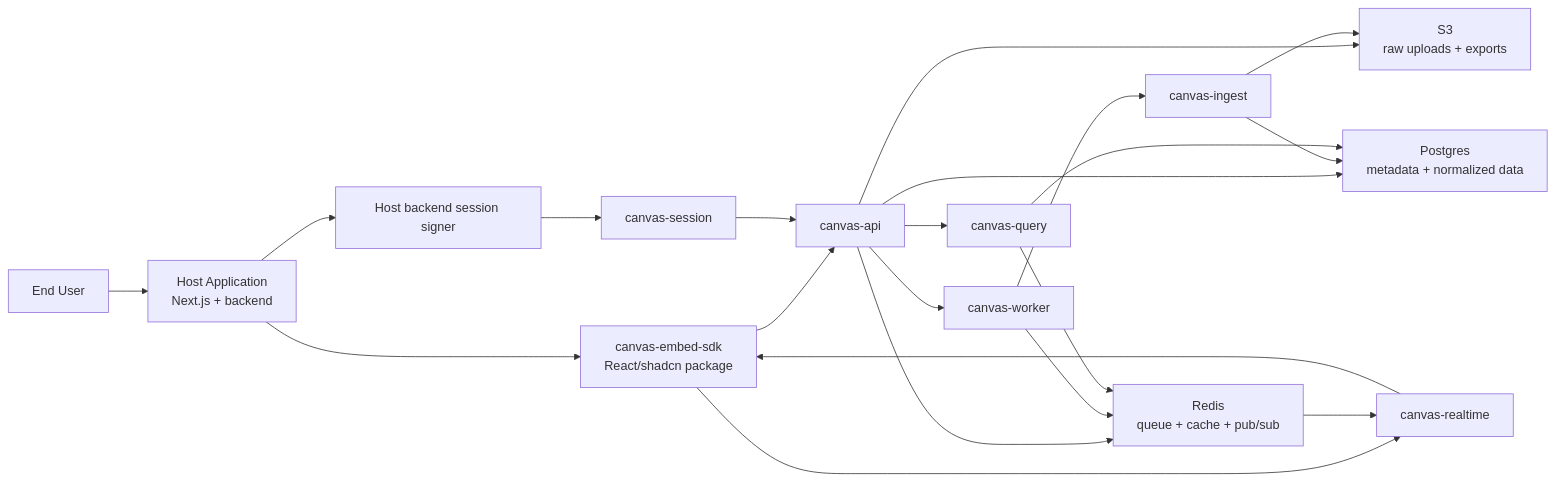
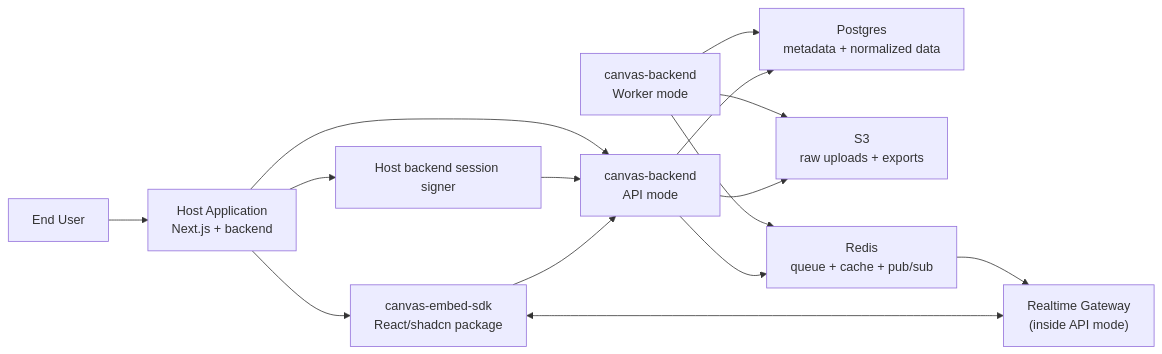
One commit to valeeraZ/canvas changed the first of 3 diagrams in docs/superpowers/specs/2026-03-13-canvas-design.md. Above: the diagram before and after it, drawn with Mermaid. The commit also changed other lines of this file and 10 other files, not shown here.

Commit message:
update specs and diagrams

````diff
--- a/docs/superpowers/specs/2026-03-13-canvas-design.md
+++ b/docs/superpowers/specs/2026-03-13-canvas-design.md
@@ -77,28 +77,21 @@
 ```mermaid
 flowchart LR
     HostUser["End User"] --> HostApp["Host Application<br/>Next.js + backend"]
     HostApp --> EmbedSDK["canvas-embed-sdk<br/>React/shadcn package"]
     HostApp --> SessionSign["Host backend session signer"]
 
-    EmbedSDK --> CanvasAPI["canvas-api"]
-    SessionSign --> CanvasSession["canvas-session"]
-    CanvasSession --> CanvasAPI
-    EmbedSDK --> CanvasRealtime["canvas-realtime"]
+    EmbedSDK --> ApiMode["canvas-backend<br/>API mode"]
+    EmbedSDK <--> Realtime["Realtime Gateway<br/>(inside API mode)"]
+    SessionSign --> ApiMode
+    HostApp --> ApiMode
 
-    CanvasAPI --> Metadata["Postgres<br/>metadata + normalized data"]
-    CanvasAPI --> S3["S3<br/>raw uploads + exports"]
-    CanvasAPI --> Redis["Redis<br/>queue + cache + pub/sub"]
+    ApiMode --> Metadata["Postgres<br/>metadata + normalized data"]
+    ApiMode --> S3["S3<br/>raw uploads + exports"]
+    ApiMode --> Redis["Redis<br/>queue + cache + pub/sub"]
 
-    CanvasAPI --> Worker["canvas-worker"]
-    Worker --> Ingest["canvas-ingest"]
-    Ingest --> Metadata
-    Ingest --> S3
-    Worker --> Redis
+    WorkerMode["canvas-backend<br/>Worker mode"] --> Metadata
+    WorkerMode --> S3
+    WorkerMode --> Redis
 
-    CanvasAPI --> Query["canvas-query"]
-    Query --> Metadata
-    Query --> Redis
-
-    Redis --> CanvasRealtime
-    CanvasRealtime --> EmbedSDK
+    Redis --> Realtime
 ```
````
